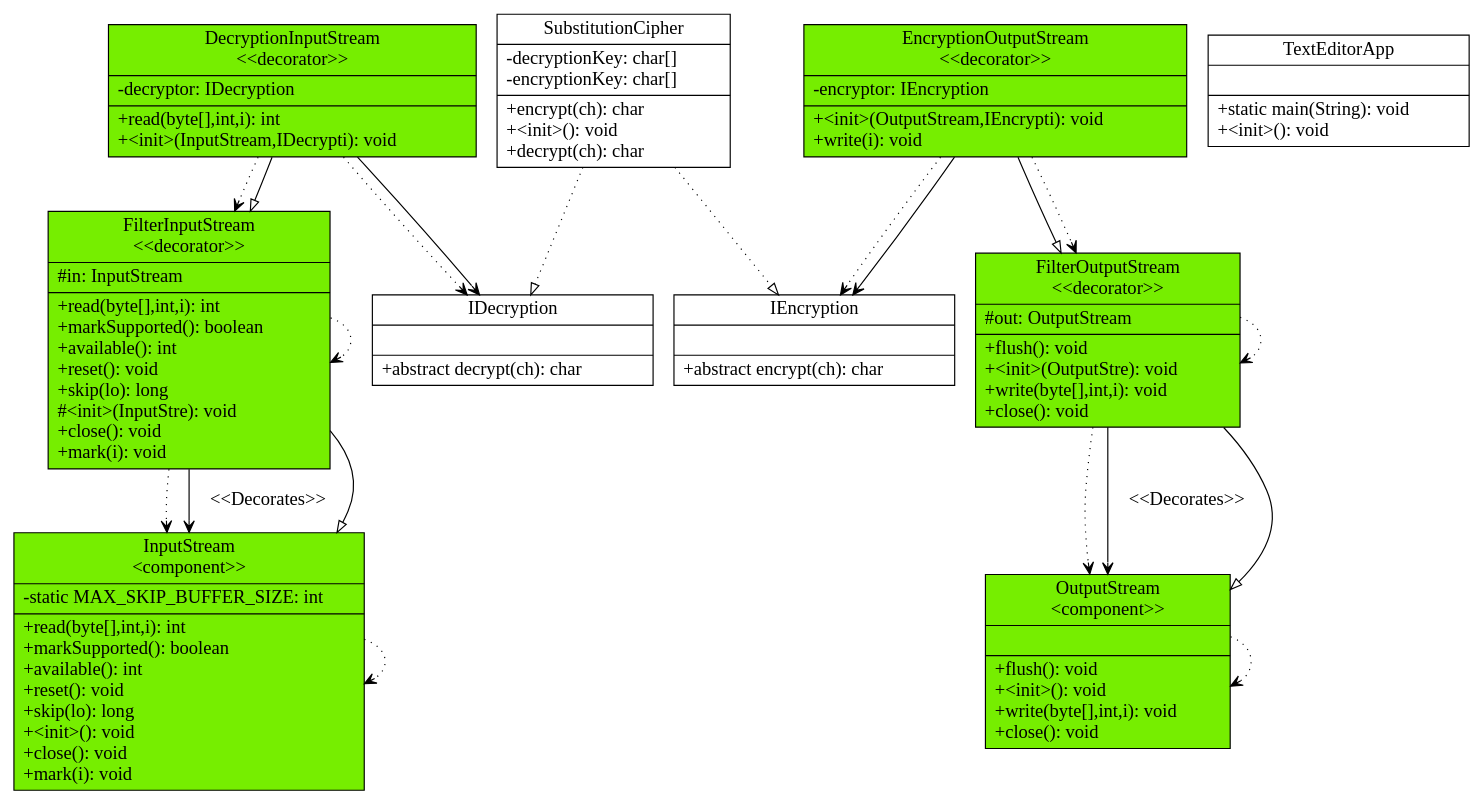
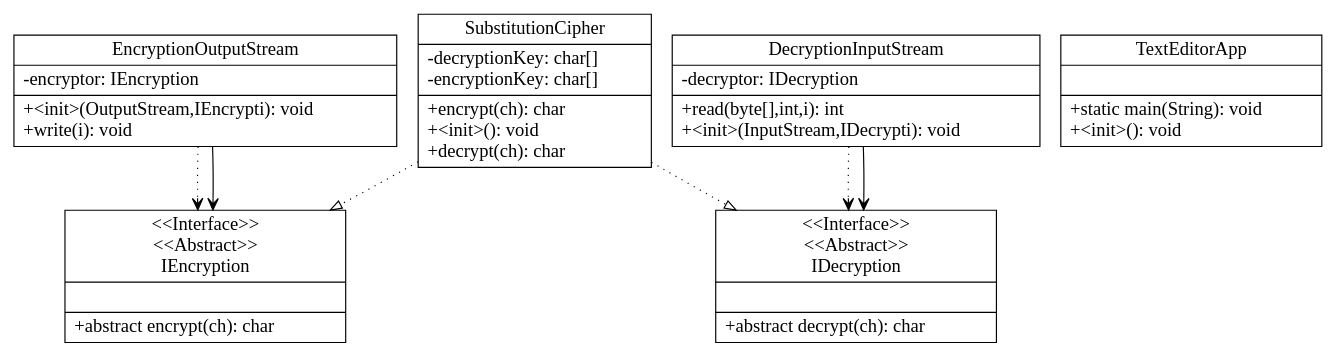
The diagram in src/lab2one.dot (Maast3r/UMLMaker), drawn with Graphviz before and after one commit. The commit also changed 12 other files, not shown here.

```diff
--- a/src/lab2one.dot
+++ b/src/lab2one.dot
@@ -1,97 +1,65 @@
 digraph G{
 	fontname = "Bitstream Vera Sans"
 	fontsize = 16
 
 node [
 	fontname = "Bitstream Vera Sans"
 	fontsize = 16
 
  shape = "record"
 ]
 edge [
 	fontname = "Bitstream Vera Sans"
 	fontsize = 16
 ]
-FilterInputStream [ 
-center=true
-    label="{FilterInputStream\n\<\<decorator\>\>|#in: InputStream \l | +read(byte[],int,i): int\l+markSupported(): boolean\l+available(): int\l+reset(): void\l+skip(lo): long\l#\<init\>(InputStre): void\l+close(): void\l+mark(i): void\l}"color = black
-style = filled 
- fillcolor = chartreuse2
-]
 IEncryption [ 
 center=true
-    label="{IEncryption| | +abstract encrypt(ch): char\l}"color = black
+    label="{\<\<Interface\>\>\n\<\<Abstract\>\>\n
+IEncryption| | +abstract encrypt(ch): char\l}"color = black
 style = filled 
  fillcolor = white
 ]
-InputStream [ 
-center=true
-    label="{InputStream\n\<\component\>\>|-static MAX_SKIP_BUFFER_SIZE: int \l | +read(byte[],int,i): int\l+markSupported(): boolean\l+available(): int\l+reset(): void\l+skip(lo): long\l+\<init\>(): void\l+close(): void\l+mark(i): void\l}"color = black
-style = filled 
- fillcolor = chartreuse2
-]
 EncryptionOutputStream [ 
 center=true
-    label="{EncryptionOutputStream\n\<\<decorator\>\>|-encryptor: IEncryption \l | +\<init\>(OutputStream,IEncrypti): void\l+write(i): void\l}"color = black
+    label="{
+EncryptionOutputStream|-encryptor: IEncryption \l | +\<init\>(OutputStream,IEncrypti): void\l+write(i): void\l}"color = black
 style = filled 
- fillcolor = chartreuse2
-]
-OutputStream [ 
-center=true
-    label="{OutputStream\n\<\component\>\>| | +flush(): void\l+\<init\>(): void\l+write(byte[],int,i): void\l+close(): void\l}"color = black
-style = filled 
- fillcolor = chartreuse2
+ fillcolor = white
 ]
 SubstitutionCipher [ 
 center=true
-    label="{SubstitutionCipher|-decryptionKey: char[] \l-encryptionKey: char[] \l | +encrypt(ch): char\l+\<init\>(): void\l+decrypt(ch): char\l}"color = black
+    label="{
+SubstitutionCipher|-decryptionKey: char[] \l-encryptionKey: char[] \l | +encrypt(ch): char\l+\<init\>(): void\l+decrypt(ch): char\l}"color = black
 style = filled 
  fillcolor = white
 ]
 DecryptionInputStream [ 
 center=true
-    label="{DecryptionInputStream\n\<\<decorator\>\>|-decryptor: IDecryption \l | +read(byte[],int,i): int\l+\<init\>(InputStream,IDecrypti): void\l}"color = black
+    label="{
+DecryptionInputStream|-decryptor: IDecryption \l | +read(byte[],int,i): int\l+\<init\>(InputStream,IDecrypti): void\l}"color = black
 style = filled 
- fillcolor = chartreuse2
+ fillcolor = white
 ]
 IDecryption [ 
 center=true
-    label="{IDecryption| | +abstract decrypt(ch): char\l}"color = black
+    label="{\<\<Interface\>\>\n\<\<Abstract\>\>\n
+IDecryption| | +abstract decrypt(ch): char\l}"color = black
 style = filled 
  fillcolor = white
 ]
-FilterOutputStream [ 
-center=true
-    label="{FilterOutputStream\n\<\<decorator\>\>|#out: OutputStream \l | +flush(): void\l+\<init\>(OutputStre): void\l+write(byte[],int,i): void\l+close(): void\l}"color = black
-style = filled 
- fillcolor = chartreuse2
-]
 TextEditorApp [ 
 center=true
-    label="{TextEditorApp| | +static main(String): void\l+\<init\>(): void\l}"color = black
+    label="{
+TextEditorApp| | +static main(String): void\l+\<init\>(): void\l}"color = black
 style = filled 
  fillcolor = white
 ]
-FilterInputStream -> InputStream[arrowhead = vee, style = dotted]
-FilterInputStream -> InputStream [arrowhead = vee,label="\<\<Decorates\>\>"]
-FilterInputStream -> InputStream [arrowhead = onormal]
-FilterInputStream -> FilterInputStream[arrowhead = vee, style = dotted]
-InputStream -> InputStream[arrowhead = vee, style = dotted]
 EncryptionOutputStream -> IEncryption[arrowhead = vee, style = dotted]
-EncryptionOutputStream -> FilterOutputStream [arrowhead = onormal]
 EncryptionOutputStream -> IEncryption[arrowhead = vee]
-EncryptionOutputStream -> FilterOutputStream[arrowhead = vee, style = dotted]
-OutputStream -> OutputStream[arrowhead = vee, style = dotted]
 SubstitutionCipher -> IDecryption[arrowhead = onormal,style = dotted]
 SubstitutionCipher -> IEncryption[arrowhead = onormal,style = dotted]
 DecryptionInputStream -> IDecryption[arrowhead = vee, style = dotted]
 DecryptionInputStream -> IDecryption[arrowhead = vee]
-DecryptionInputStream -> FilterInputStream[arrowhead = vee, style = dotted]
-DecryptionInputStream -> FilterInputStream [arrowhead = onormal]
-FilterOutputStream -> OutputStream[arrowhead = vee, style = dotted]
-FilterOutputStream -> OutputStream [arrowhead = vee,label="\<\<Decorates\>\>"]
-FilterOutputStream -> OutputStream [arrowhead = onormal]
-FilterOutputStream -> FilterOutputStream[arrowhead = vee, style = dotted]
 
 
 }
```
